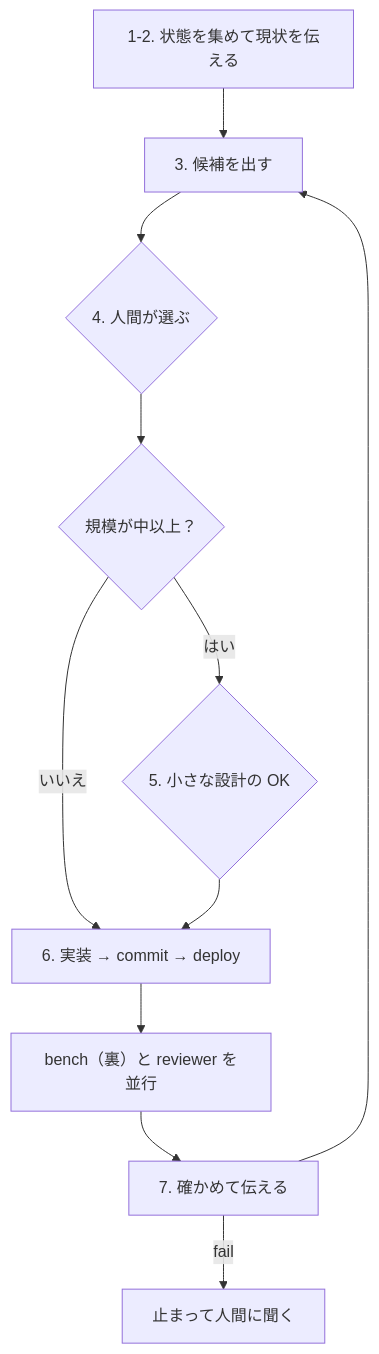
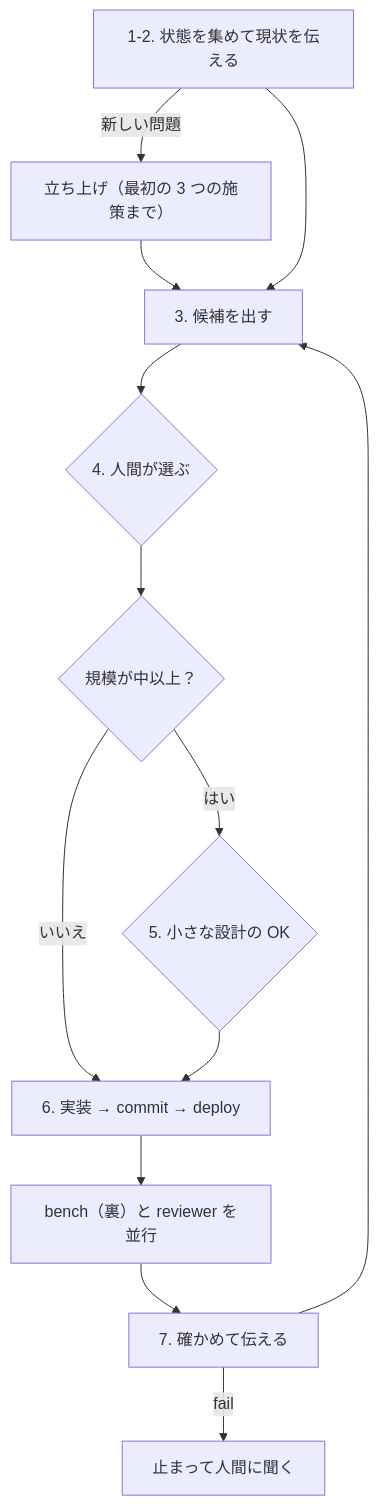
Before and after one commit to kmishima16/isucon2026: the diagram in .claude/skills/isu-ops/SKILL.md, drawn with Mermaid. The commit also changed other lines of this file and 11 other files, not shown here.

````diff
--- a/.claude/skills/isu-ops/SKILL.md
+++ b/.claude/skills/isu-ops/SKILL.md
@@ -88,13 +109,14 @@
 ```mermaid
 flowchart TD
-  start["1-2. 状態を集めて現状を伝える"] --> cand["3. 候補を出す"]
+  start["1-2. 状態を集めて現状を伝える"] -- 新しい問題 --> boot["立ち上げ（最初の 3 つの施策まで）"] --> cand
+  start --> cand["3. 候補を出す"]
   cand --> pick{"4. 人間が選ぶ"}
   pick --> size{"規模が中以上？"}
   size -- はい --> design{"5. 小さな設計の OK"}
   size -- いいえ --> impl
   design --> impl["6. 実装 → commit → deploy"]
   impl --> par["bench（裏）と reviewer を並行"]
   par --> check["7. 確かめて伝える"]
   check -- fail --> stop["止まって人間に聞く"]
   check --> cand
 ```
````
